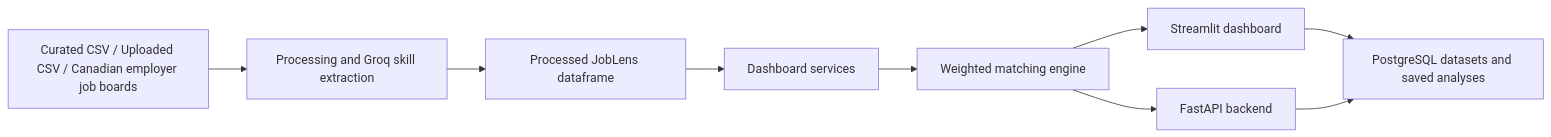
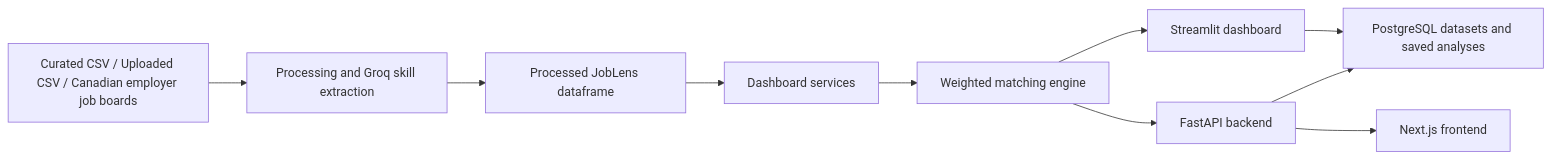
The diagram in README.md (rpss30/JobLens-AI), drawn with Mermaid before and after one commit. The commit also changed other lines of this file and 2 other files, not shown here.

Commit message:
document the next.js frontend and add a compose service

````diff
--- a/README.md
+++ b/README.md
@@ -31,11 +31,12 @@
 ```mermaid
 flowchart LR
     A["Curated CSV / Uploaded CSV / Canadian employer job boards"] --> B["Processing and Groq skill extraction"]
     B --> C["Processed JobLens dataframe"]
     C --> D["Dashboard services"]
     D --> E["Weighted matching engine"]
     E --> F["Streamlit dashboard"]
     E --> G["FastAPI backend"]
+    G --> I["Next.js frontend"]
     F --> H["PostgreSQL datasets and saved analyses"]
     G --> H
 ```
````
